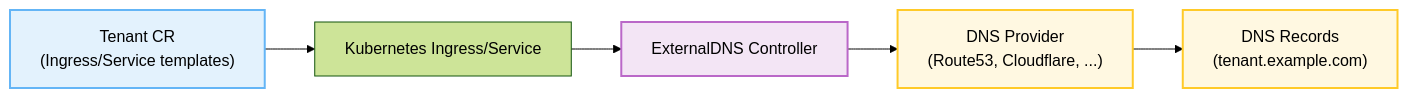
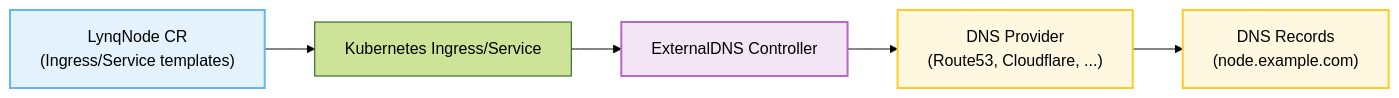
The first of 2 diagrams in docs/integration-external-dns.md (kubernetes-tenants/tenant-operator), drawn with Mermaid (forest theme) before and after one commit. The commit also changed other lines of this file and 203 other files, not shown here.

First line of the commit message:
refactor: Complete rename from tenant-operator to lynq

````diff
--- a/docs/integration-external-dns.md
+++ b/docs/integration-external-dns.md
@@ -11,17 +11,17 @@
 ```mermaid
 flowchart LR
-    Tenant["Tenant CR<br/>(Ingress/Service templates)"]
+    Tenant["LynqNode CR<br/>(Ingress/Service templates)"]
     Resource["Kubernetes Ingress/Service"]
     ExternalDNS["ExternalDNS Controller"]
     Provider["DNS Provider<br/>(Route53, Cloudflare, ...)"]
-    DNS["DNS Records<br/>(tenant.example.com)"]
+    DNS["DNS Records<br/>(node.example.com)"]
 
     Tenant --> Resource --> ExternalDNS --> Provider --> DNS
 
     classDef tenant fill:#e3f2fd,stroke:#64b5f6,stroke-width:2px;
     class Tenant tenant;
     classDef external fill:#f3e5f5,stroke:#ba68c8,stroke-width:2px;
     class ExternalDNS external;
     classDef provider fill:#fff8e1,stroke:#ffca28,stroke-width:2px;
     class Provider,DNS provider;
 ```
````
